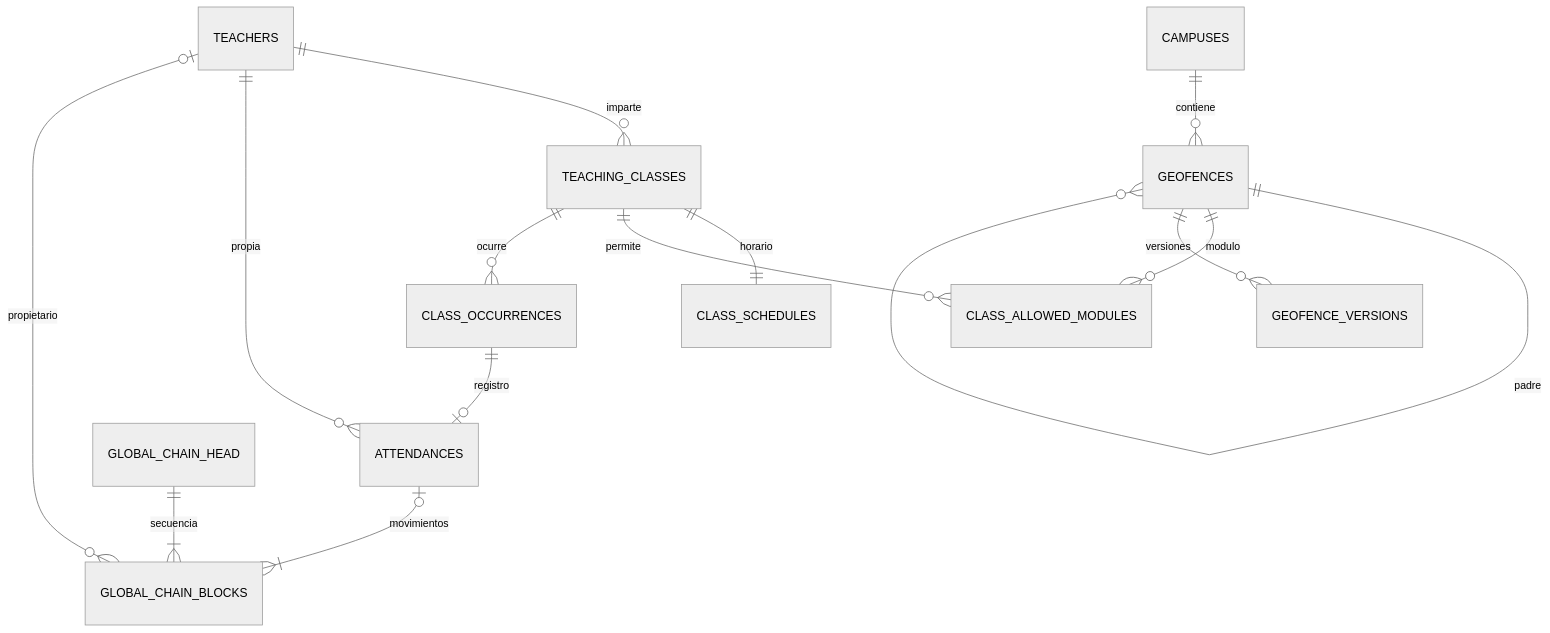
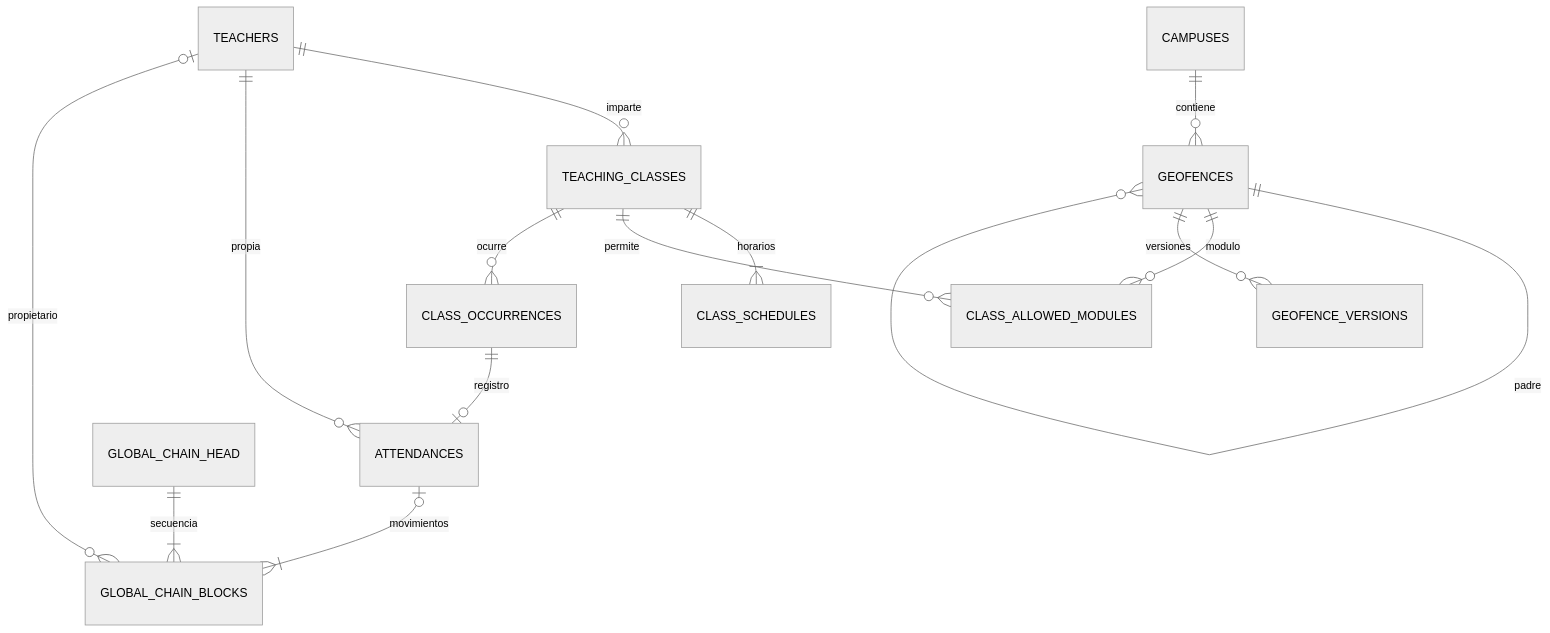
One commit to SolidW05/asistencia-docente changed the diagram in docs/base-de-datos.md. Above: the diagram before and after it, drawn with Mermaid (neutral theme). The commit also changed other lines of this file and 23 other files, not shown here.

````diff
--- a/docs/base-de-datos.md
+++ b/docs/base-de-datos.md
@@ -7,16 +7,16 @@
 ```mermaid
 erDiagram
   TEACHERS ||--o{ TEACHING_CLASSES : imparte
   CAMPUSES ||--o{ GEOFENCES : contiene
   GEOFENCES ||--o{ GEOFENCES : padre
-  TEACHING_CLASSES ||--|| CLASS_SCHEDULES : horario
+  TEACHING_CLASSES ||--|{ CLASS_SCHEDULES : horarios
   TEACHING_CLASSES ||--o{ CLASS_ALLOWED_MODULES : permite
   GEOFENCES ||--o{ CLASS_ALLOWED_MODULES : modulo
   TEACHING_CLASSES ||--o{ CLASS_OCCURRENCES : ocurre
   CLASS_OCCURRENCES ||--o| ATTENDANCES : registro
   TEACHERS ||--o{ ATTENDANCES : propia
   TEACHERS o|--o{ GLOBAL_CHAIN_BLOCKS : propietario
   ATTENDANCES o|--|{ GLOBAL_CHAIN_BLOCKS : movimientos
   GLOBAL_CHAIN_HEAD ||--|{ GLOBAL_CHAIN_BLOCKS : secuencia
   GEOFENCES ||--o{ GEOFENCE_VERSIONS : versiones
 ```
````
